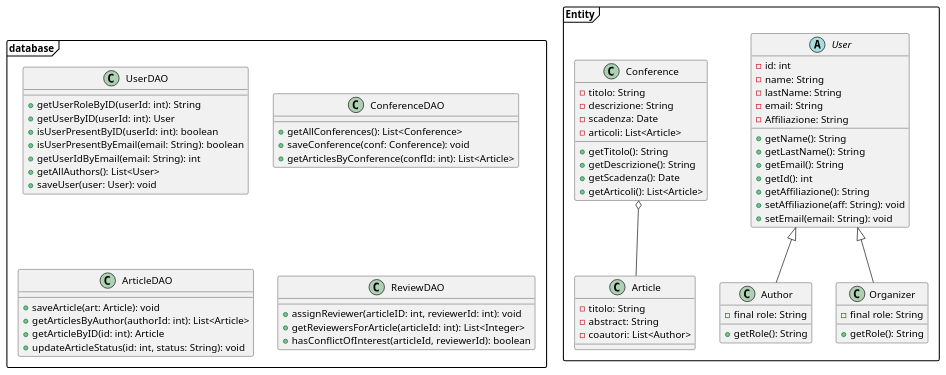
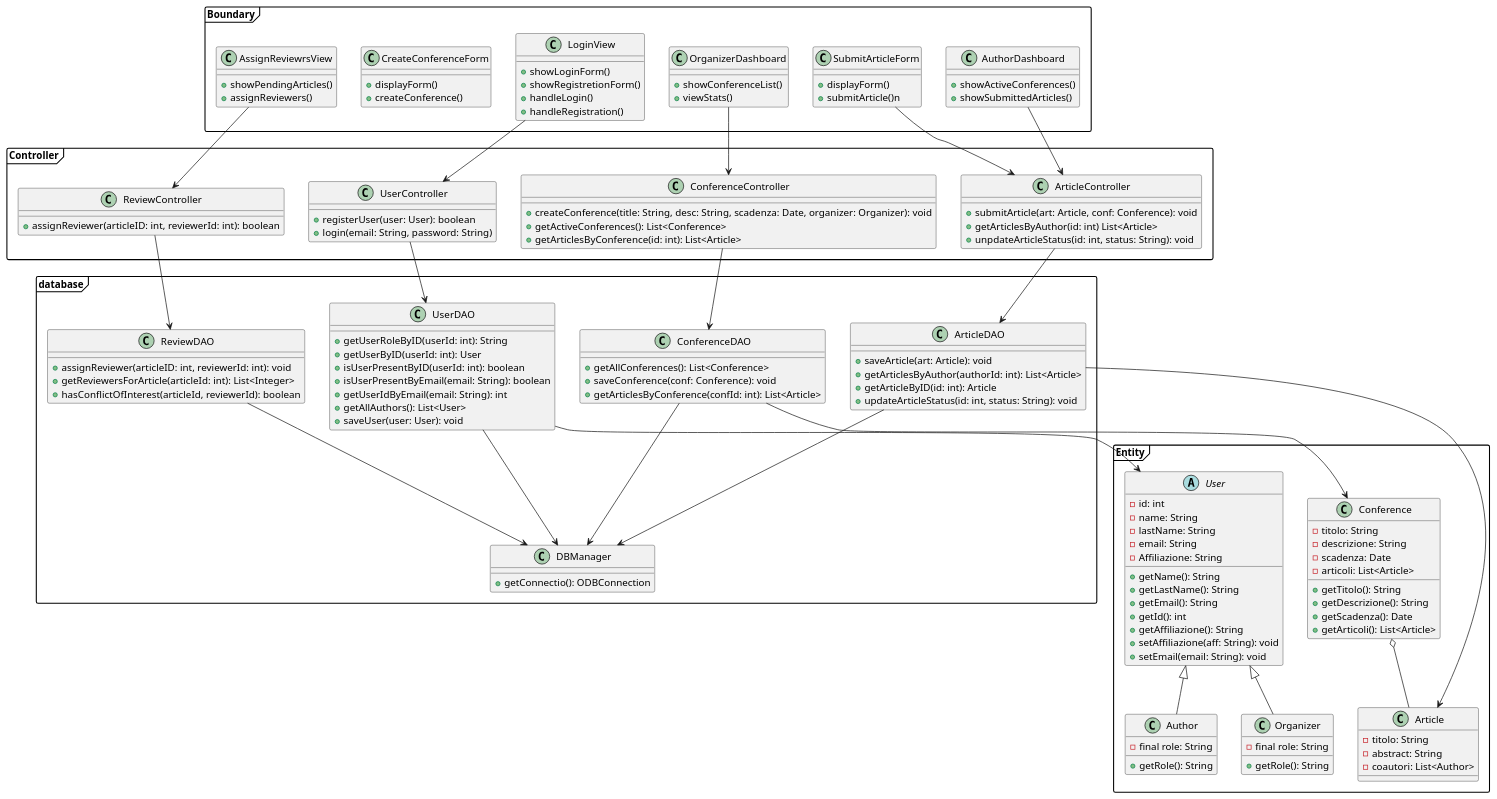
One commit to Air4x/Progetto_ISW changed the diagram in VisualParadigm/diagramma_prg_classi.puml. Above: the diagram before and after it, drawn with PlantUML. The commit also changed 2 other files, not shown here.

```diff
--- a/VisualParadigm/diagramma_prg_classi.puml
+++ b/VisualParadigm/diagramma_prg_classi.puml
@@ -1,83 +1,162 @@
 @startuml
 skinparam packageStyle frame
 
 package database {
   class UserDAO {
     + getUserRoleByID(userId: int): String		
     + getUserByID(userId: int): User
     + isUserPresentByID(userId: int): boolean
     + isUserPresentByEmail(email: String): boolean
     + getUserIdByEmail(email: String): int
     + getAllAuthors(): List<User>
     + saveUser(user: User): void
   }
   
   class ConferenceDAO {
     + getAllConferences(): List<Conference>
     + saveConference(conf: Conference): void
     + getArticlesByConference(confId: int): List<Article>
   }
   
   class ArticleDAO {
     + saveArticle(art: Article): void
     + getArticlesByAuthor(authorId: int): List<Article>
     + getArticleByID(id: int): Article
     + updateArticleStatus(id: int, status: String): void
   }
   
   class ReviewDAO {
     + assignReviewer(articleID: int, reviewerId: int): void
     + getReviewersForArticle(articleId: int): List<Integer>
     + hasConflictOfInterest(articleId, reviewerId): boolean
   }
+
+  class DBManager {
+    + getConnectio(): ODBConnection
+  }
+
+  UserDAO --> DBManager
+  ConferenceDAO --> DBManager
+  ArticleDAO --> DBManager
+  ReviewDAO --> DBManager
 }
 
 package Entity {
 
   abstract class User {
     - id: int
     - name: String
     - lastName: String
     - email: String
     - Affiliazione: String
     + getName(): String
     + getLastName(): String
     + getEmail(): String
     + getId(): int
     + getAffiliazione(): String
     + setAffiliazione(aff: String): void
     + setEmail(email: String): void
   }
 
   class Author {
     - final role: String
     + getRole(): String
   }
 
   class Organizer {
     - final role: String
     + getRole(): String
   }
 
   class Article {
     - titolo: String
     - abstract: String
     - coautori: List<Author>
   }
   
   class Conference {
     - titolo: String
     - descrizione: String
     - scadenza: Date
     - articoli: List<Article>
     + getTitolo(): String
     + getDescrizione(): String
     + getScadenza(): Date
     + getArticoli(): List<Article>
   }
 
   User <|-- Author
   User <|-- Organizer
   Conference o-- Article
 }
+
+package Controller {
+  class UserController {
+    + registerUser(user: User): boolean
+    + login(email: String, password: String)
+  }
+  class ConferenceController {
+    + createConference(title: String, desc: String, scadenza: Date, organizer: Organizer): void
+    + getActiveConferences(): List<Conference>
+    + getArticlesByConference(id: int): List<Article>
+  }
+  
+  class ArticleController {
+    + submitArticle(art: Article, conf: Conference): void
+    + getArticlesByAuthor(id: int) List<Article>
+    + unpdateArticleStatus(id: int, status: String): void
+  }
+
+  class ReviewController {
+    + assignReviewer(articleID: int, reviewerId: int): boolean
+  }
+}
+
+package Boundary {
+  class LoginView {
+    + showLoginForm()
+    + showRegistretionForm()
+    + handleLogin()
+    + handleRegistration()
+  }
+  
+  class AuthorDashboard {
+    + showActiveConferences()
+    + showSubmittedArticles()
+  }
+  
+  class SubmitArticleForm {
+    + displayForm()
+    + submitArticle()n
+  }
+  
+  class OrganizerDashboard {
+    + showConferenceList()
+    + viewStats()
+  }
+  
+  class CreateConferenceForm {
+    + displayForm()
+    + createConference()
+  }
+  
+  class AssignReviewrsView {
+    + showPendingArticles()
+    + assignReviewers()
+  }
+  
+}
+
+UserDAO --> User
+ArticleDAO --> Article
+ConferenceDAO --> Conference
+LoginView --> UserController
+AuthorDashboard --> ArticleController
+SubmitArticleForm --> ArticleController
+OrganizerDashboard --> ConferenceController
+AssignReviewrsView --> ReviewController
+UserController --> UserDAO
+ArticleController --> ArticleDAO
+ConferenceController --> ConferenceDAO
+ReviewController --> ReviewDAO
 @enduml
```
